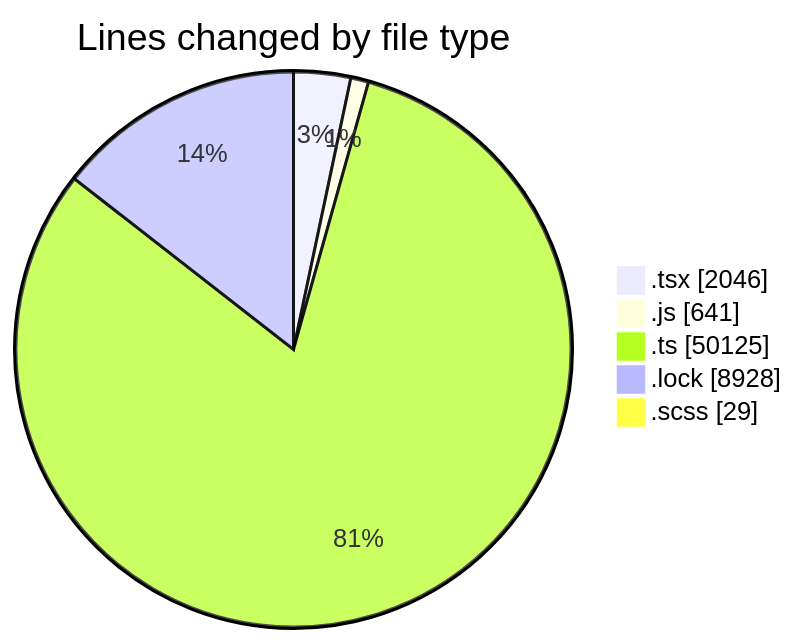
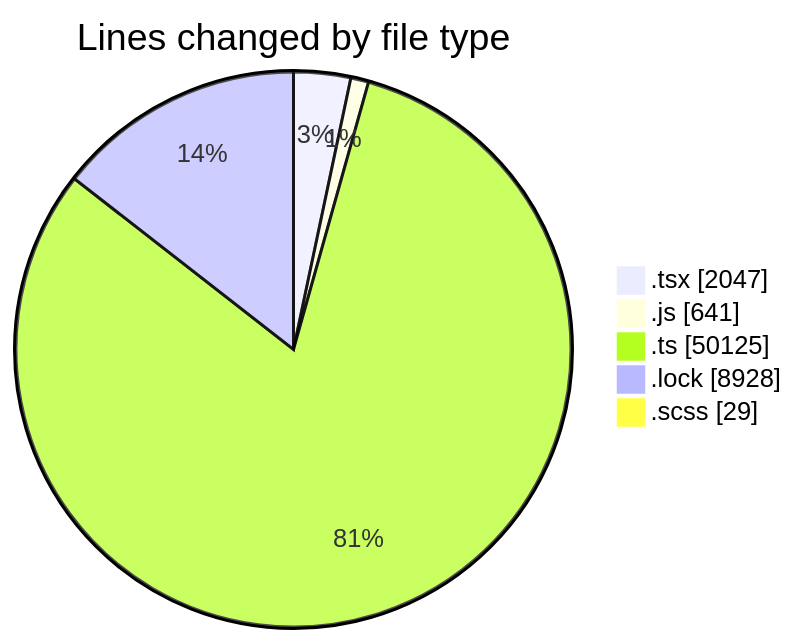
Before and after one commit to momahboobian/code-tracking: the first of 2 diagrams in 2026-09-16/cda/README.md, drawn with Mermaid. The commit also changed other lines of this file and 1 other file, not shown here.

````diff
--- a/2026-09-16/cda/README.md
+++ b/2026-09-16/cda/README.md
@@ -55,9 +55,9 @@
 ```mermaid
 pie showData
 title Lines changed by file type
-".tsx" : 2046
+".tsx" : 2047
 ".js" : 641
 ".ts" : 50125
 ".lock" : 8928
 ".scss" : 29
 ```
````
